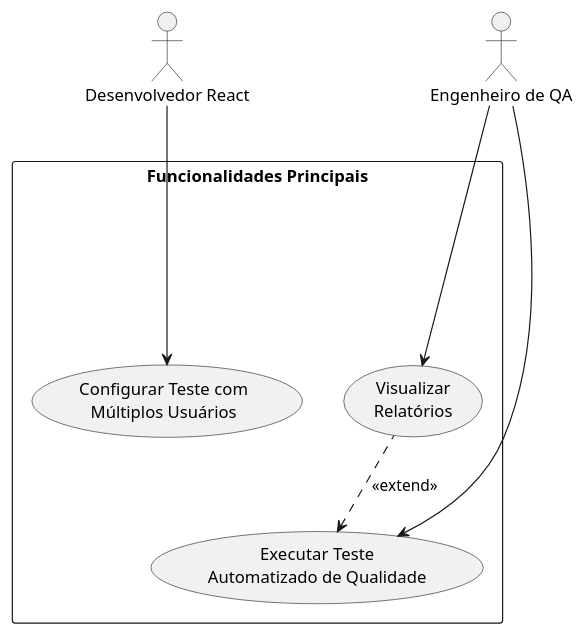
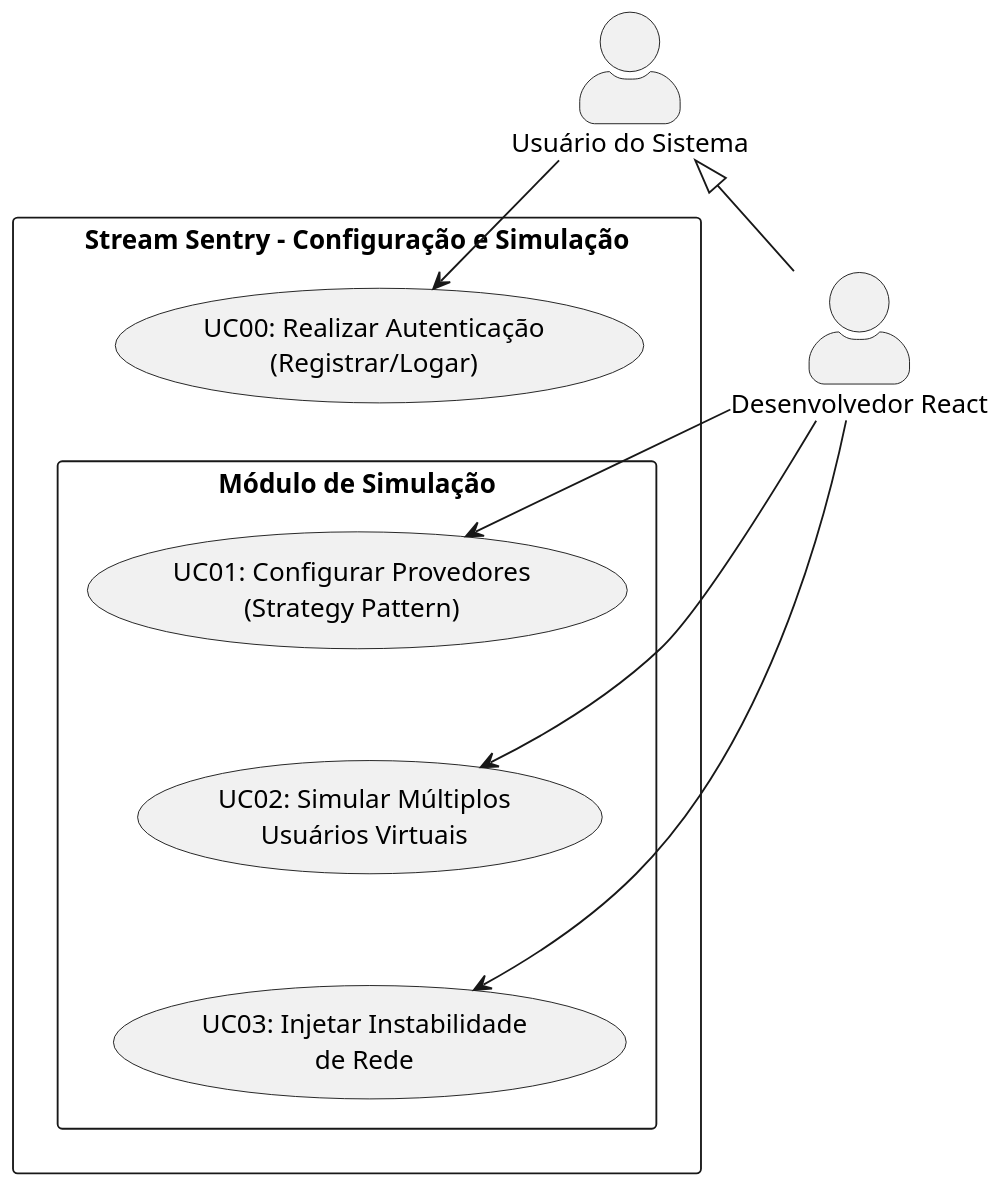
Before and after one commit to ICEI-PUC-Minas-PPLES-TI/plf-es-2025-2-tcci-0393100-dev-rafael-parreira: the diagram in Artefatos/CasosDeUsoSlides1.puml, drawn with PlantUML. The commit also changed 3 other files, not shown here.

First line of the commit message:
docs: adiciona recortes dos casos de uso usados na apresentacao

```diff
--- a/Artefatos/CasosDeUsoSlides1.puml
+++ b/Artefatos/CasosDeUsoSlides1.puml
@@ -1,23 +1,41 @@
 @startuml
+' Recorte 1/2 do diagrama de Casos de Uso para apresentacao.
+' Foco: Autenticacao (base) e Modulo de Simulacao (Desenvolvedor React).
+' Diagrama completo em CasosDeUso.puml.
+
 top to bottom direction
+skinparam dpi 150
+skinparam packageStyle rectangle
+skinparam shadowing false
+skinparam actorStyle awesome
 
+actor "Usuário do Sistema" as User
 actor "Desenvolvedor React" as Dev
-actor "Engenheiro de QA" as QA
 
-rectangle "Funcionalidades Principais\n\n\n\n\n\n\n" {
+' Herança: o Desenvolvedor é um Usuário e herda a autenticação
+User <|-- Dev
 
-  usecase "Configurar Teste com\nMúltiplos Usuários" as UC1
-  usecase "Visualizar\nRelatórios" as UC2
-  usecase "Executar Teste\nAutomatizado de Qualidade" as UC3
+rectangle "Stream Sentry - Configuração e Simulação" {
 
-  ' Força o layout vertical
-  UC2 -[hidden]-> UC3
+    usecase "UC00: Realizar Autenticação\n(Registrar/Logar)" as UC_Auth
+
+    package "Módulo de Simulação" {
+        usecase "UC01: Configurar Provedores\n(Strategy Pattern)" as UC_Config
+        usecase "UC02: Simular Múltiplos\nUsuários Virtuais" as UC_Simulate
+        usecase "UC03: Injetar Instabilidade\nde Rede" as UC_Stress
+    }
+
+    ' Empilha os use cases numa coluna (reduz a largura para os slides)
+    UC_Auth -[hidden]down-> UC_Config
+    UC_Config -[hidden]down-> UC_Simulate
+    UC_Simulate -[hidden]down-> UC_Stress
 }
 
-Dev --> UC1
-QA --> UC2
-QA --> UC3
+' Apenas o ator genérico aponta para o Login (limpa o emaranhado)
+User --> UC_Auth
 
-UC3 <.. UC2 : <<extend>>
+Dev --> UC_Config
+Dev --> UC_Simulate
+Dev --> UC_Stress
 
 @enduml
```
